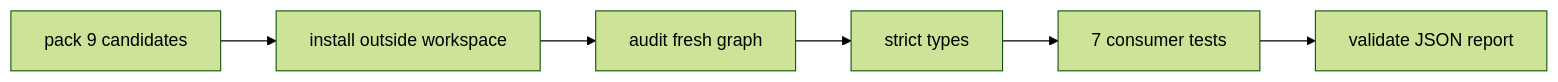
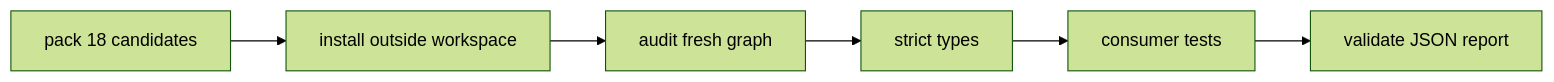
One commit to aurelienbobenrieth/harness changed the diagram in docs/compatibility.md. Above: the diagram before and after it, drawn with Mermaid (forest theme). The commit also changed other lines of this file and 41 other files, not shown here.

````diff
--- a/docs/compatibility.md
+++ b/docs/compatibility.md
@@ -54,8 +55,8 @@
 ```mermaid
 flowchart LR
-  P["pack 9 candidates"] --> I["install outside workspace"]
+  P["pack 18 candidates"] --> I["install outside workspace"]
   I --> A["audit fresh graph"]
   A --> T["strict types"]
-  T --> R["7 consumer tests"]
+  T --> R["consumer tests"]
   R --> V["validate JSON report"]
 ```
````
